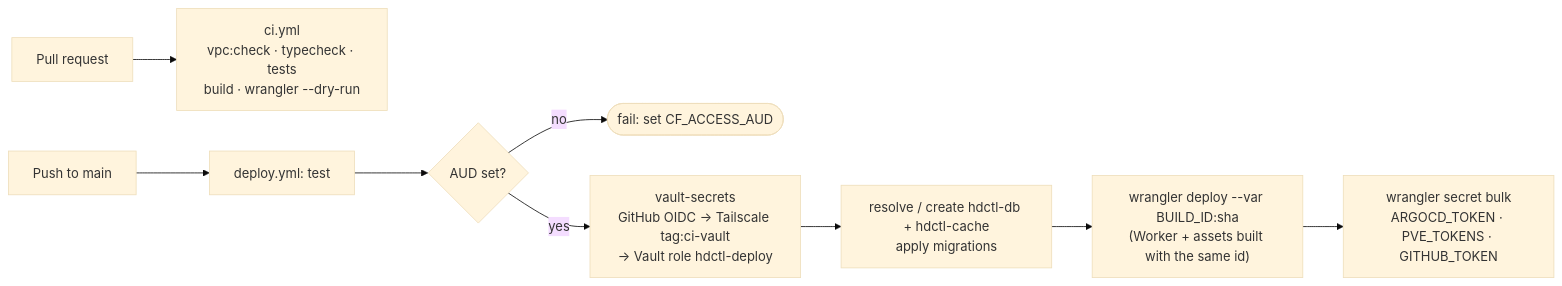
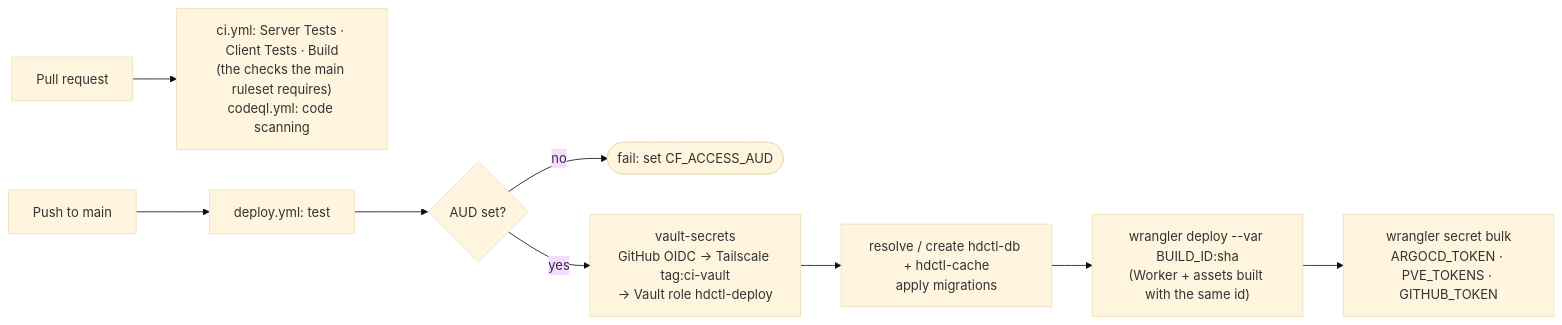
The seventh of 7 diagrams in README.md (mike12806/hdctl), drawn with Mermaid (base theme) before and after one commit. The commit also changed other lines of this file and 2 other files, not shown here.

Commit message:
ci: report the checks the main ruleset requires, and add CodeQL (#25)
The main ruleset requires status checks named "Client Tests", "Server
Tests" and "Build", and CodeQL code scanning results. CI reported a
single job, "check", and CodeQL wasn't set up, so no pull request could
satisfy it.

- ci.yml: the same steps, split into three jobs named to match: Server
  Tests (Worker typecheck + tests), Client Tests (client typecheck +
  tests), Build (vpc:check, client build, wrangler dry run).
- codeql.yml: JavaScript/TypeScript and Actions, no build step, on pull
  requests, on main, and weekly.

````diff
--- a/README.md
+++ b/README.md
@@ -343,11 +343,11 @@
 ```mermaid
 flowchart LR
-  pr["Pull request"] --> ci["ci.yml<br/>vpc:check · typecheck · tests<br/>build · wrangler --dry-run"]
+  pr["Pull request"] --> ci["ci.yml: Server Tests · Client Tests · Build<br/>(the checks the main ruleset requires)<br/>codeql.yml: code scanning"]
   main["Push to main"] --> test["deploy.yml: test"]
   test --> aud{"AUD set?"}
   aud -->|no| stop(["fail: set CF_ACCESS_AUD"])
   aud -->|yes| vault["vault-secrets<br/>GitHub OIDC → Tailscale tag:ci-vault<br/>→ Vault role hdctl-deploy"]
   vault --> d1["resolve / create hdctl-db + hdctl-cache<br/>apply migrations"]
   d1 --> dep["wrangler deploy --var BUILD_ID:sha<br/>(Worker + assets built with the same id)"]
   dep --> sec["wrangler secret bulk<br/>ARGOCD_TOKEN · PVE_TOKENS · GITHUB_TOKEN"]
 ```
````
